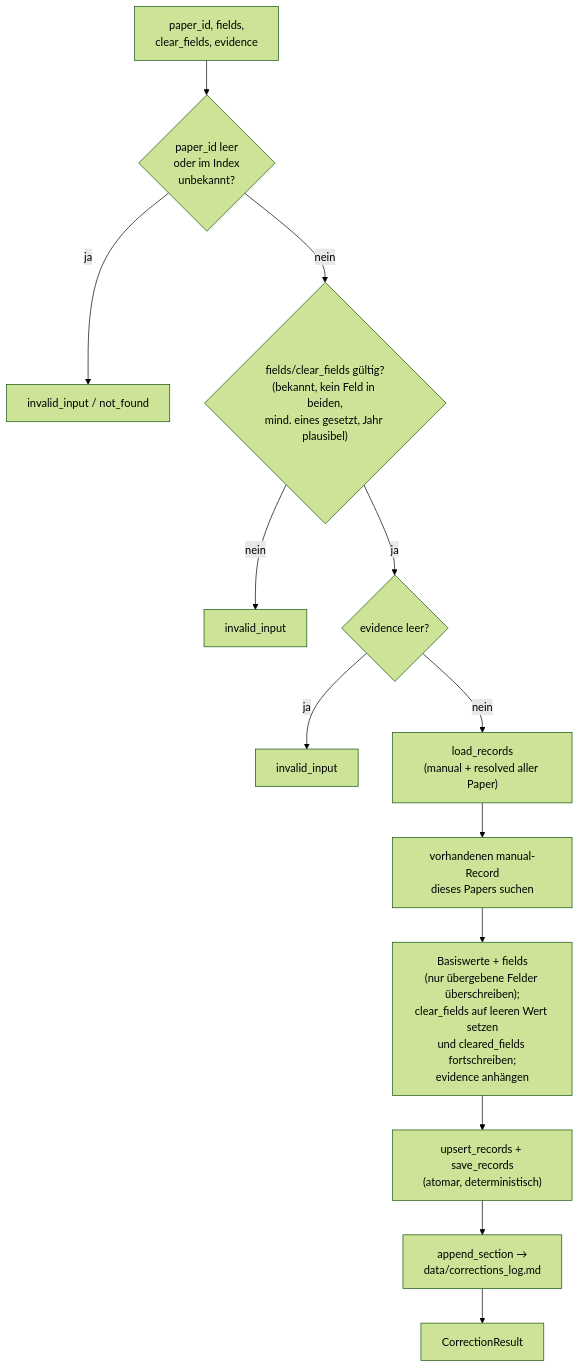
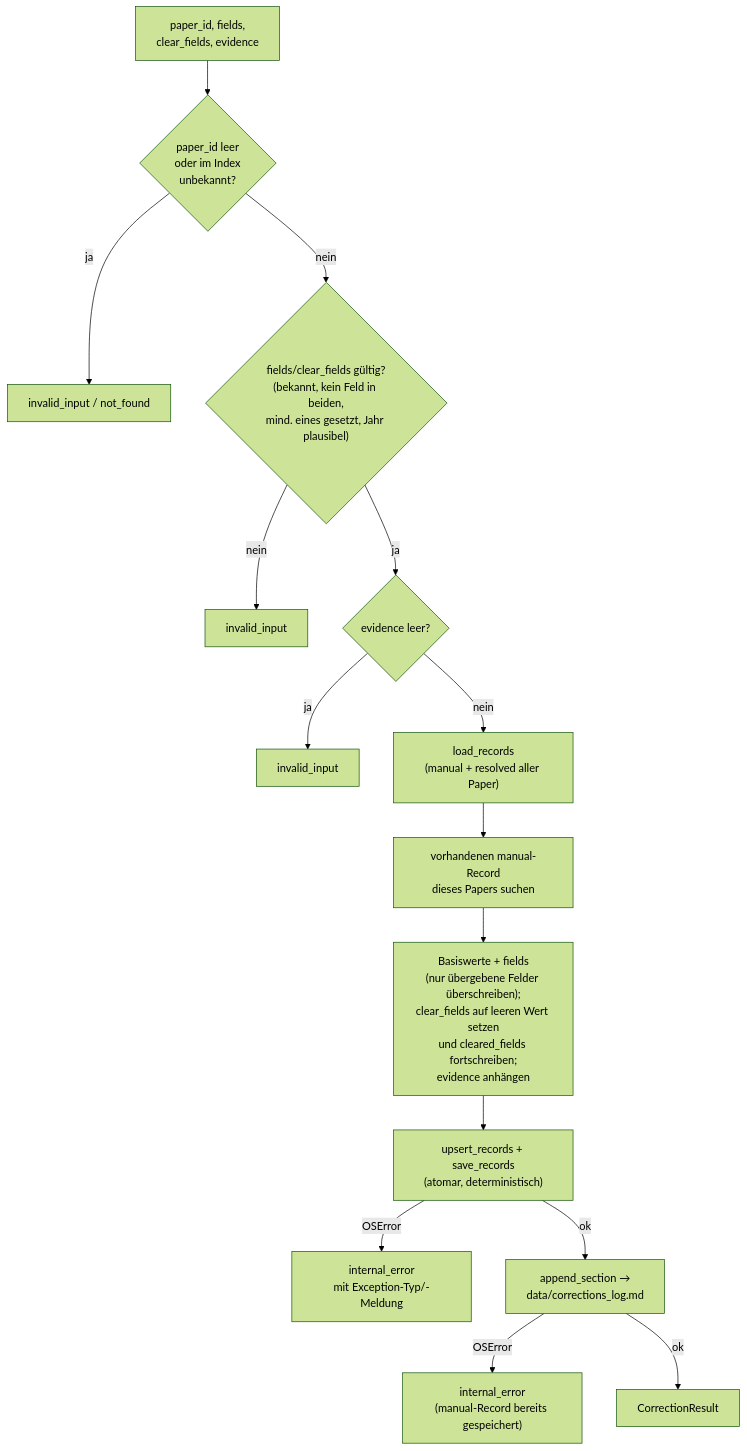
Before and after one commit to MomoEngineer/research-graphrag: the first of 2 diagrams in src/research_graphrag/bibliography/doc/corrections.md, drawn with Mermaid (forest theme). The commit also changed other lines of this file and 15 other files, not shown here.

````diff
--- a/src/research_graphrag/bibliography/doc/corrections.md
+++ b/src/research_graphrag/bibliography/doc/corrections.md
@@ -31,15 +31,17 @@
 ```mermaid
 flowchart TD
     A["paper_id, fields,<br/>clear_fields, evidence"] --> V1{"paper_id leer<br/>oder im Index<br/>unbekannt?"}
     V1 -- ja --> E1["invalid_input / not_found"]
     V1 -- nein --> V2{"fields/clear_fields gültig?<br/>(bekannt, kein Feld in beiden,<br/>mind. eines gesetzt, Jahr plausibel)"}
     V2 -- nein --> E2["invalid_input"]
     V2 -- ja --> V3{"evidence leer?"}
     V3 -- ja --> E3["invalid_input"]
     V3 -- nein --> L["load_records<br/>(manual + resolved aller Paper)"]
     L --> M["vorhandenen manual-Record<br/>dieses Papers suchen"]
     M --> MERGE["Basiswerte + fields<br/>(nur übergebene Felder überschreiben);<br/>clear_fields auf leeren Wert setzen<br/>und cleared_fields fortschreiben;<br/>evidence anhängen"]
     MERGE --> S["upsert_records + save_records<br/>(atomar, deterministisch)"]
-    S --> LOG["append_section →<br/>data/corrections_log.md"]
-    LOG --> R["CorrectionResult"]
+    S -- OSError --> E4["internal_error<br/>mit Exception-Typ/-Meldung"]
+    S -- ok --> LOG["append_section →<br/>data/corrections_log.md"]
+    LOG -- OSError --> E5["internal_error<br/>(manual-Record bereits gespeichert)"]
+    LOG -- ok --> R["CorrectionResult"]
 ```
````
